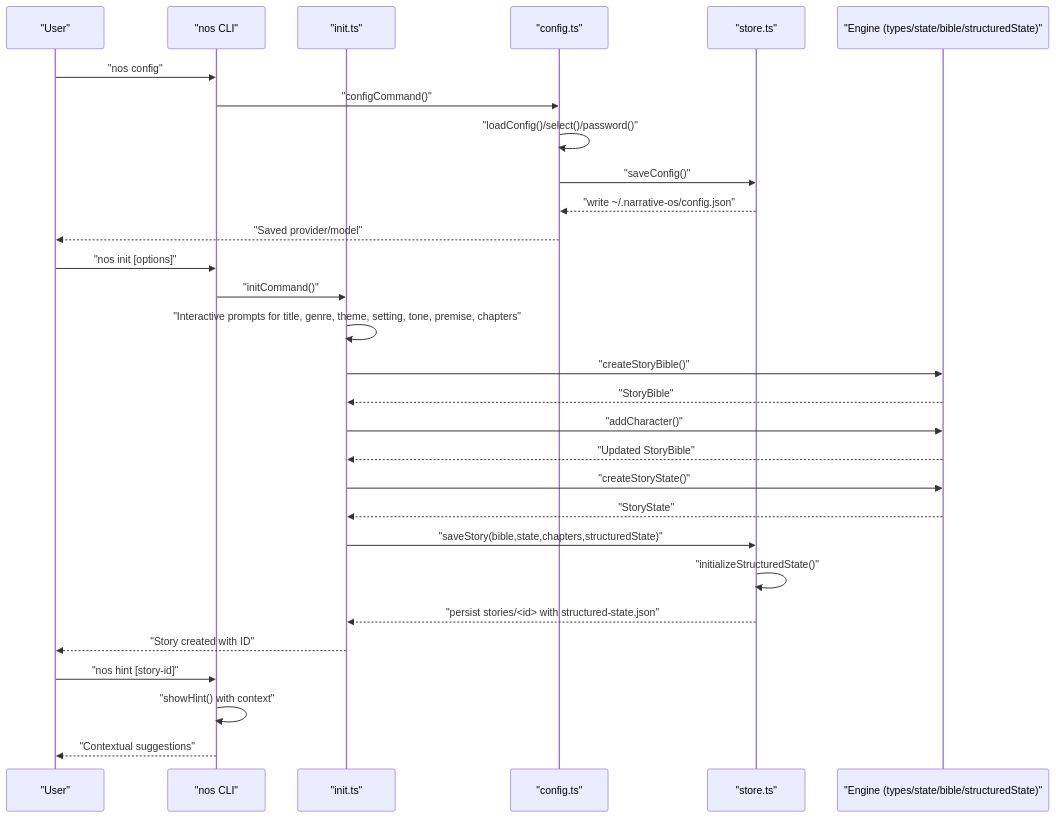
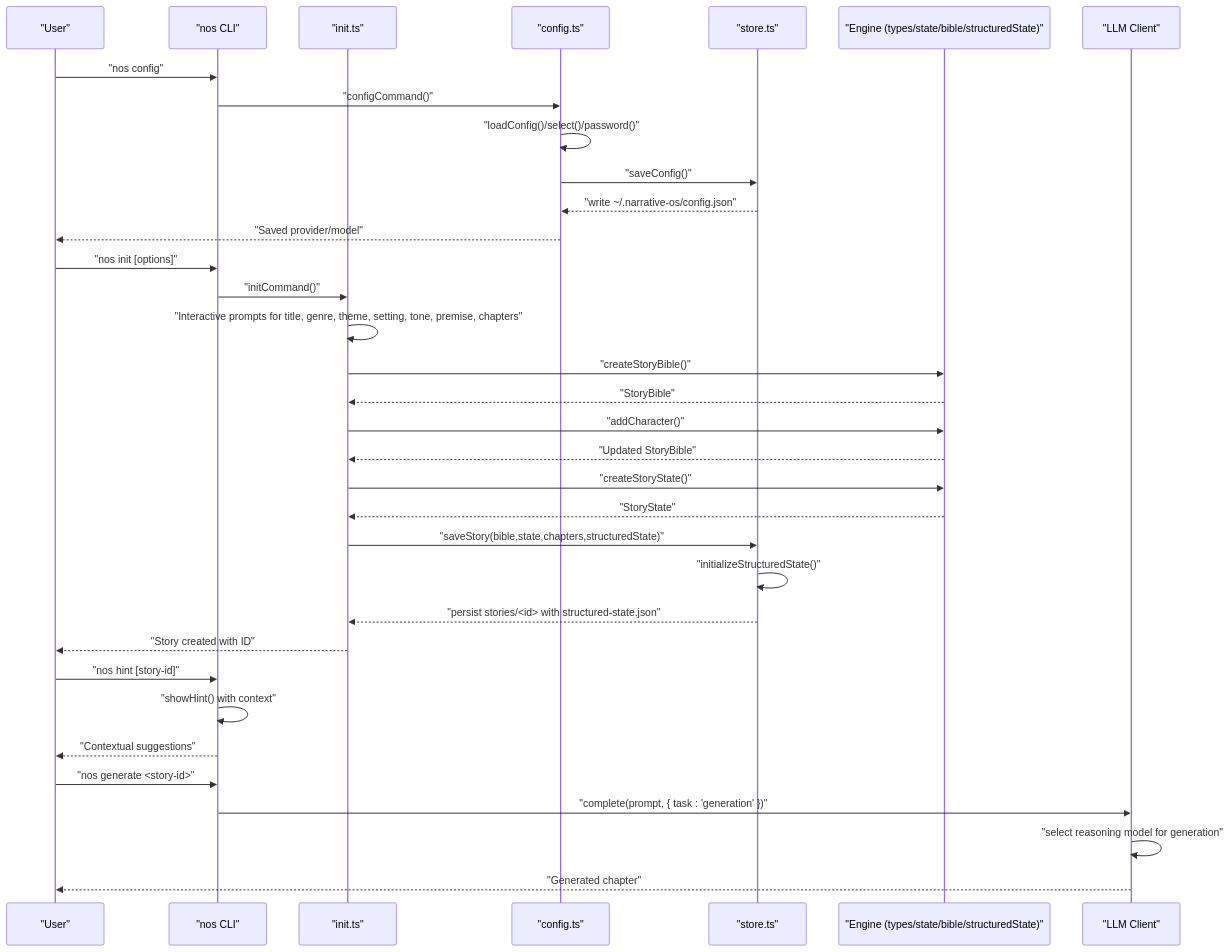
Before and after one commit to liwonder/NARRITIVE_OS: the second of 4 diagrams in .qoder/repowiki/en/content/CLI Command Reference.md, drawn with Mermaid. The commit also changed other lines of this file and 12 other files, not shown here.

````diff
--- a/.qoder/repowiki/en/content/CLI Command Reference.md
+++ b/.qoder/repowiki/en/content/CLI Command Reference.md
@@ -165,31 +170,36 @@
 ```mermaid
 sequenceDiagram
 participant User as "User"
 participant CLI as "nos CLI"
 participant Init as "init.ts"
 participant Config as "config.ts"
 participant Store as "store.ts"
 participant Engine as "Engine (types/state/bible/structuredState)"
+participant LLMClient as "LLM Client"
 User->>CLI : "nos config"
 CLI->>Config : "configCommand()"
 Config->>Config : "loadConfig()/select()/password()"
 Config->>Store : "saveConfig()"
 Store-->>Config : "write ~/.narrative-os/config.json"
 Config-->>User : "Saved provider/model"
 User->>CLI : "nos init [options]"
 CLI->>Init : "initCommand()"
 Init->>Init : "Interactive prompts for title, genre, theme, setting, tone, premise, chapters"
 Init->>Engine : "createStoryBible()"
 Engine-->>Init : "StoryBible"
 Init->>Engine : "addCharacter()"
 Engine-->>Init : "Updated StoryBible"
 Init->>Engine : "createStoryState()"
 Engine-->>Init : "StoryState"
 Init->>Store : "saveStory(bible,state,chapters,structuredState)"
 Store->>Store : "initializeStructuredState()"
 Store-->>Init : "persist stories/<id> with structured-state.json"
 Init-->>User : "Story created with ID"
 User->>CLI : "nos hint [story-id]"
 CLI->>CLI : "showHint() with context"
 CLI-->>User : "Contextual suggestions"
+User->>CLI : "nos generate <story-id>"
+CLI->>LLMClient : "complete(prompt, { task : 'generation' })"
+LLMClient->>LLMClient : "select reasoning model for generation"
+LLMClient-->>User : "Generated chapter"
 ```
````
